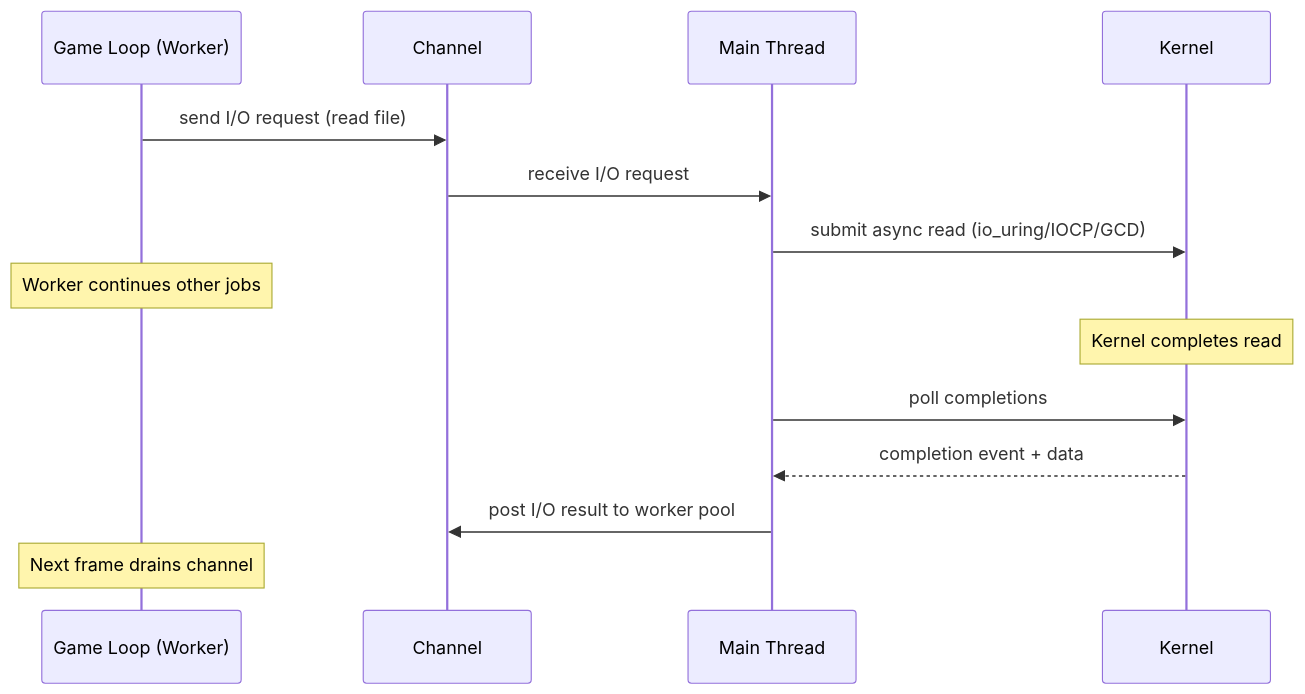
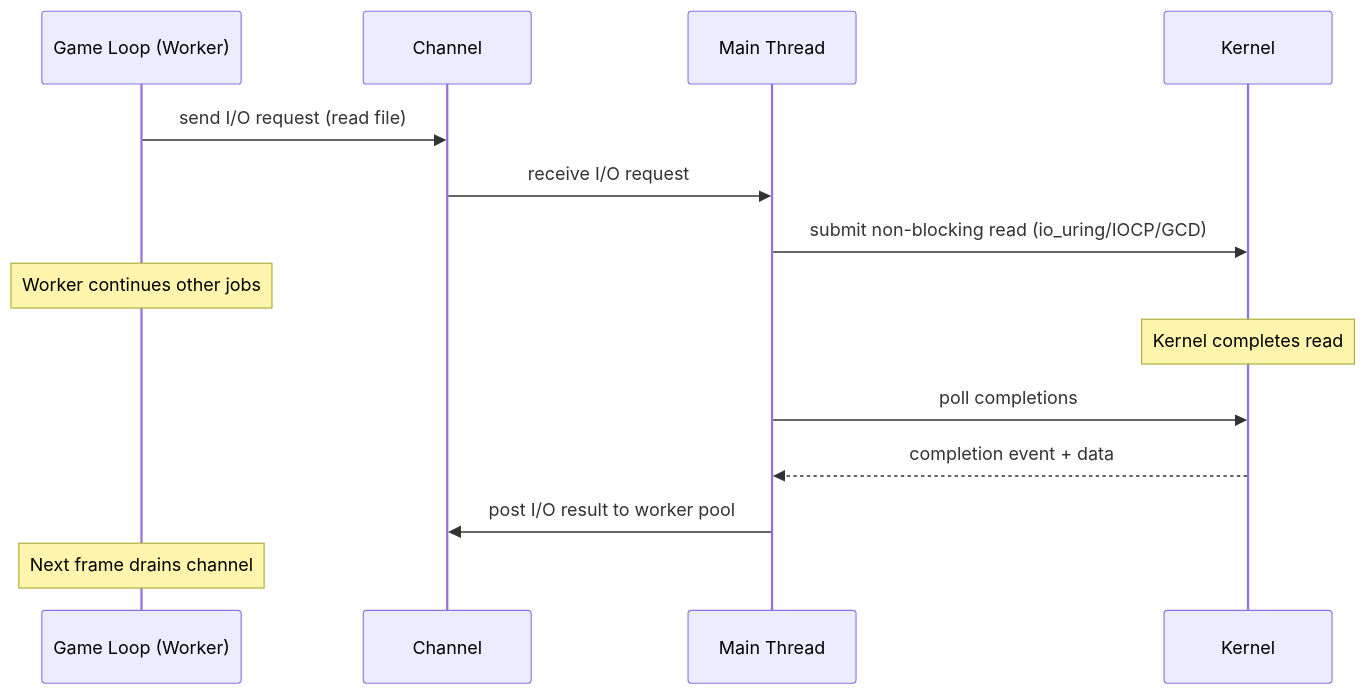
One commit to harmonius-dev/harmonius changed the third of 6 diagrams in docs/design/platform/threading.md. Above: the diagram before and after it, drawn with Mermaid. The commit also changed other lines of this file and 143 other files, not shown here.

````diff
--- a/docs/design/platform/threading.md
+++ b/docs/design/platform/threading.md
@@ -165,19 +174,19 @@
 ```mermaid
 sequenceDiagram
     participant GL as Game Loop (Worker)
     participant CH as Channel
     participant MT as Main Thread
     participant OS as Kernel
 
     GL->>CH: send I/O request (read file)
     CH->>MT: receive I/O request
-    MT->>OS: submit async read (io_uring/IOCP/GCD)
+    MT->>OS: submit non-blocking read (io_uring/IOCP/GCD)
     Note over GL: Worker continues other jobs
 
     Note over OS: Kernel completes read
 
     MT->>OS: poll completions
     OS-->>MT: completion event + data
     MT->>CH: post I/O result to worker pool
     Note over GL: Next frame drains channel
 ```
````
